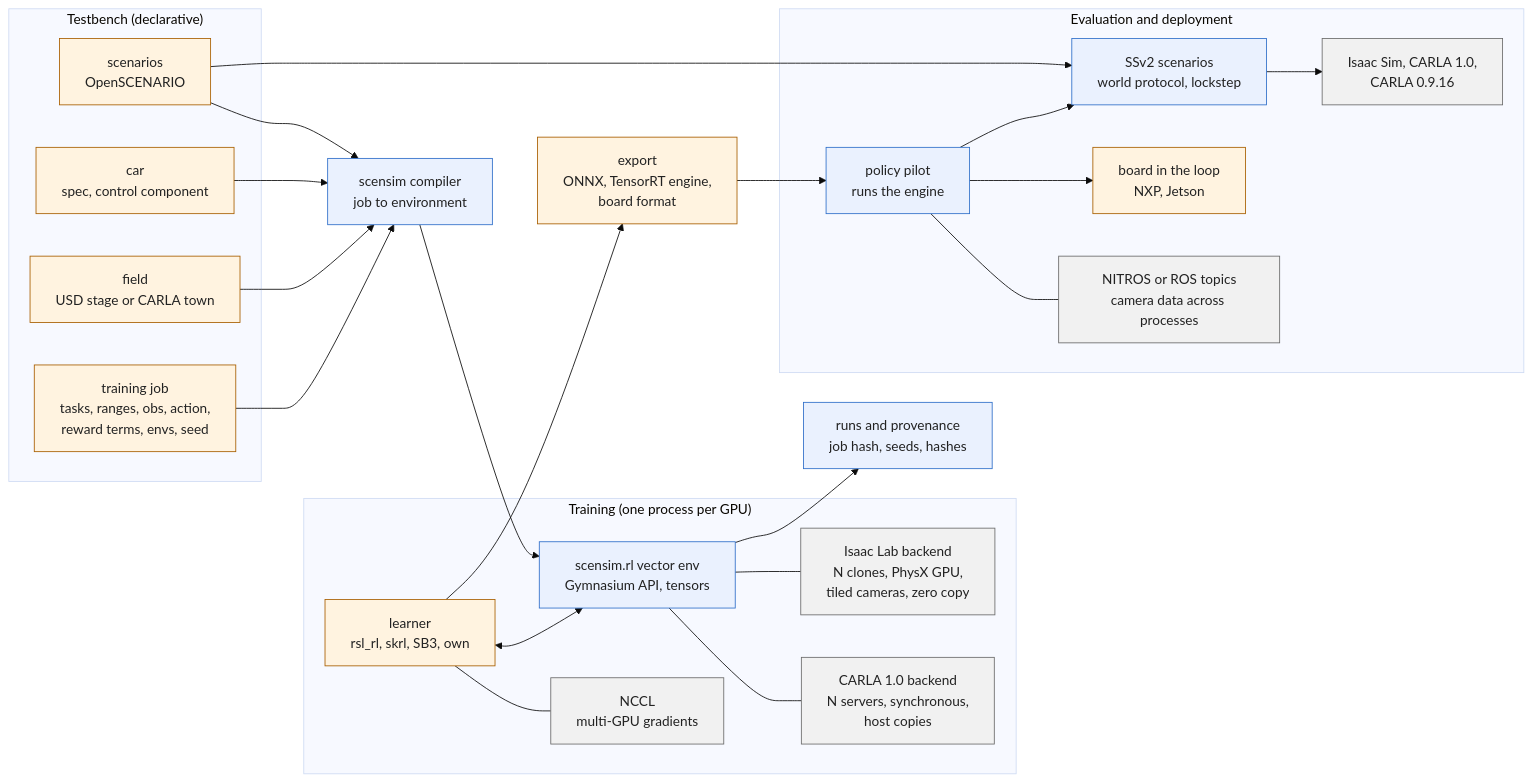
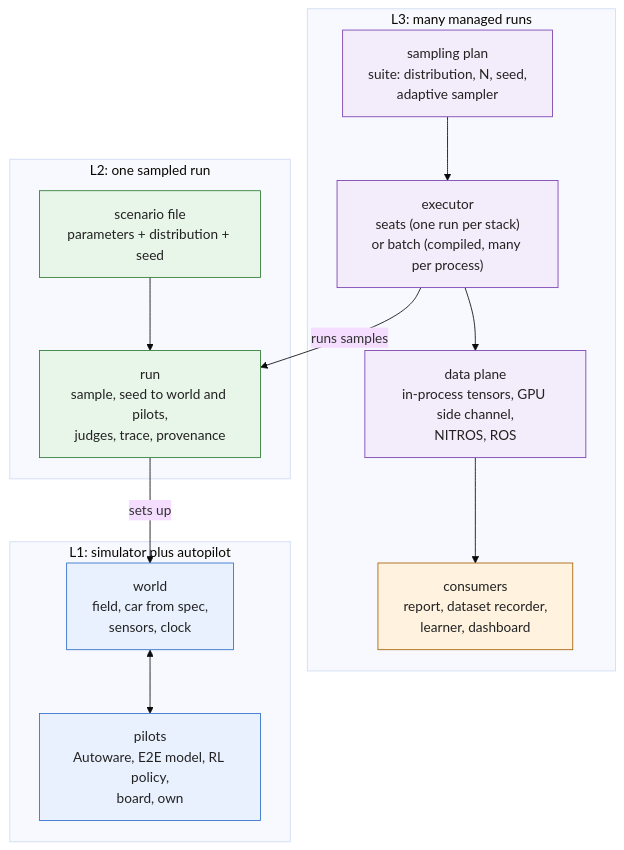
Before and after one commit to NEWSLabNTU/scenario-world-bridge: the diagram in docs/design/ml-training-interface.md, drawn with Mermaid (base theme). The commit also changed other lines of this file, not shown here.

````diff
--- a/docs/design/ml-training-interface.md
+++ b/docs/design/ml-training-interface.md
@@ -33,51 +39,30 @@
 ```mermaid
-flowchart LR
+flowchart TB
+  classDef l1 fill:#EAF1FE,stroke:#2F6FC9,color:#222
+  classDef l2 fill:#E8F5E9,stroke:#2E7D32,color:#222
+  classDef l3 fill:#F3ECFA,stroke:#7A3FB0,color:#222
   classDef user fill:#FFF3E0,stroke:#A85F00,color:#222
-  classDef ours fill:#EAF1FE,stroke:#2F6FC9,color:#222
-  classDef ext fill:#F1F1F1,stroke:#6B6B6B,color:#222
 
-  subgraph WS["Testbench (declarative)"]
-    JOB["training job<br/>tasks, ranges, obs, action,<br/>reward terms, envs, seed"]:::user
-    FIELD["field<br/>USD stage or CARLA town"]:::user
-    CAR["car<br/>spec, control component"]:::user
-    SCN["scenarios<br/>OpenSCENARIO"]:::user
+  subgraph L3["L3: many managed runs"]
+    PLAN["sampling plan<br/>suite: distribution, N, seed,<br/>adaptive sampler"]:::l3
+    EXEC["executor<br/>seats (one run per stack)<br/>or batch (compiled, many per process)"]:::l3
+    DATA["data plane<br/>in-process tensors, GPU side channel,<br/>NITROS, ROS"]:::l3
+    CONS["consumers<br/>report, dataset recorder,<br/>learner, dashboard"]:::user
+    PLAN --> EXEC --> DATA --> CONS
   end
 
-  COMP["scensim compiler<br/>job to environment"]:::ours
-  JOB --> COMP
-  FIELD --> COMP
-  CAR --> COMP
-  SCN --> COMP
+  subgraph L2["L2: one sampled run"]
+    SCN["scenario file<br/>parameters + distribution + seed"]:::l2
+    RUN["run<br/>sample, seed to world and pilots,<br/>judges, trace, provenance"]:::l2
+    SCN --> RUN
+  end
 
-  subgraph TRAIN["Training (one process per GPU)"]
-    VENV["scensim.rl vector env<br/>Gymnasium API, tensors"]:::ours
-    ISL["Isaac Lab backend<br/>N clones, PhysX GPU,<br/>tiled cameras, zero copy"]:::ext
-    CRL["CARLA 1.0 backend<br/>N servers, synchronous,<br/>host copies"]:::ext
-    LRN["learner<br/>rsl_rl, skrl, SB3, own"]:::user
-    VENV --- ISL
-    VENV --- CRL
-    LRN <--> VENV
-    NCCL["NCCL<br/>multi-GPU gradients"]:::ext
-    LRN --- NCCL
+  subgraph L1["L1: simulator plus autopilot"]
+    W["world<br/>field, car from spec,<br/>sensors, clock"]:::l1
+    P["pilots<br/>Autoware, E2E model, RL policy,<br/>board, own"]:::l1
+    W <--> P
   end
-  COMP --> VENV
 
-  RUNS["runs and provenance<br/>job hash, seeds, hashes"]:::ours
-  VENV --> RUNS
-
-  EXP["export<br/>ONNX, TensorRT engine,<br/>board format"]:::user
-  LRN --> EXP
-
-  subgraph EVAL["Evaluation and deployment"]
-    PP["policy pilot<br/>runs the engine"]:::ours
-    SSV2["SSv2 scenarios<br/>world protocol, lockstep"]:::ours
-    SIMS["Isaac Sim, CARLA 1.0,<br/>CARLA 0.9.16"]:::ext
-    BOARD["board in the loop<br/>NXP, Jetson"]:::user
-    PP --> SSV2 --> SIMS
-    PP --> BOARD
-    NIT["NITROS or ROS topics<br/>camera data across processes"]:::ext
-    PP --- NIT
-  end
-  EXP --> PP
-  SCN --> SSV2
+  EXEC -->|"runs samples"| RUN
+  RUN -->|"sets up"| W
 ```
````
